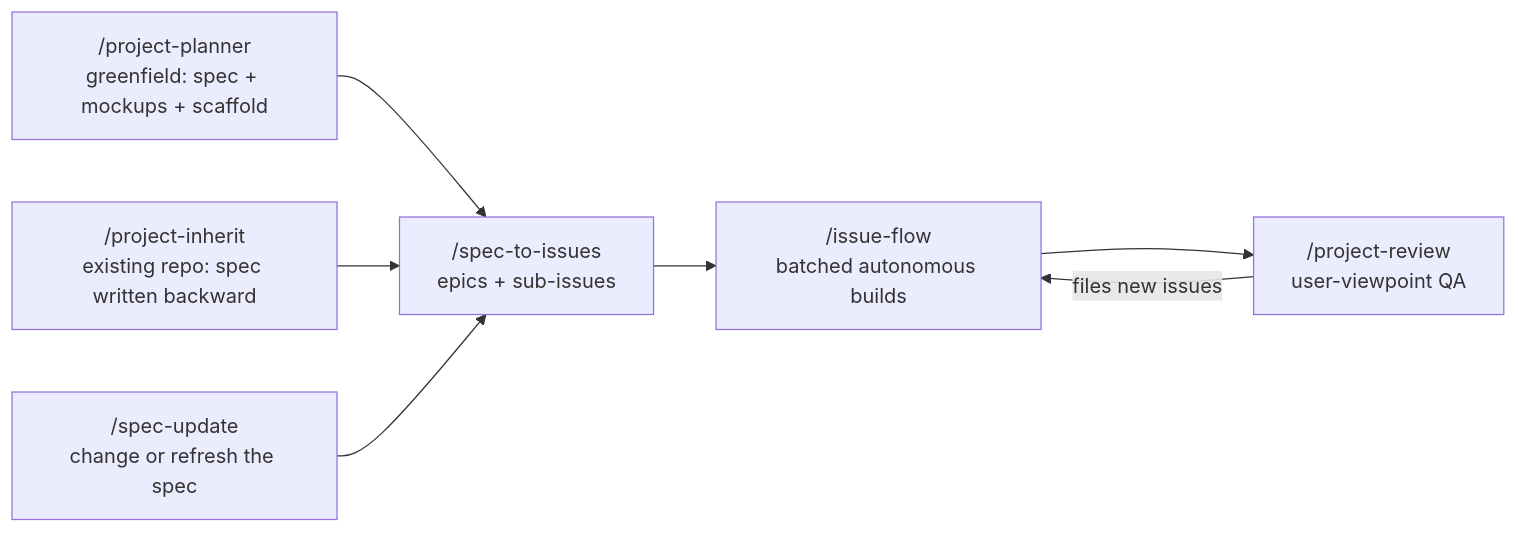
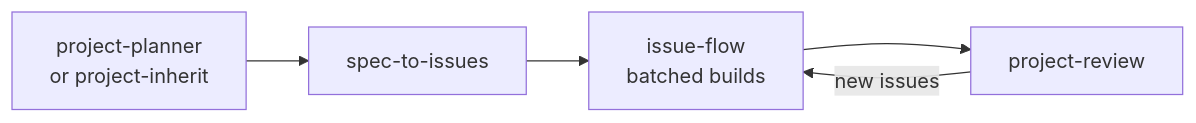
Before and after one commit to Crank-Git/issue-flow-codex: the diagram in README.md, drawn with Mermaid. The commit also changed other lines of this file and 5 other files, not shown here.

````diff
--- a/README.md
+++ b/README.md
@@ -98,9 +21,7 @@
 ```mermaid
 flowchart LR
-    P["/project-planner<br/>greenfield: spec + mockups + scaffold"] --> S["/spec-to-issues<br/>epics + sub-issues"]
-    I["/project-inherit<br/>existing repo: spec written backward"] --> S
-    U["/spec-update<br/>change or refresh the spec"] --> S
-    S --> F["/issue-flow<br/>batched autonomous builds"]
-    F --> R["/project-review<br/>user-viewpoint QA"]
-    R -- "files new issues" --> F
+    P["project-planner<br/>or project-inherit"] --> S["spec-to-issues"]
+    S --> F["issue-flow<br/>batched builds"]
+    F --> R["project-review"]
+    R -- "new issues" --> F
 ```
````
